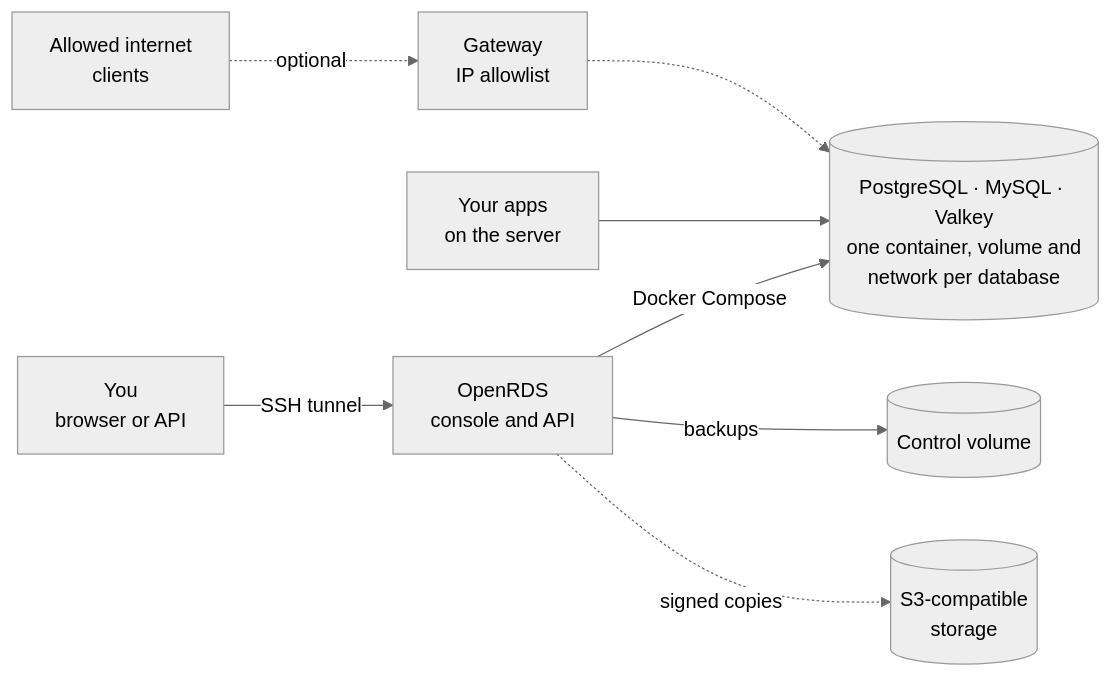
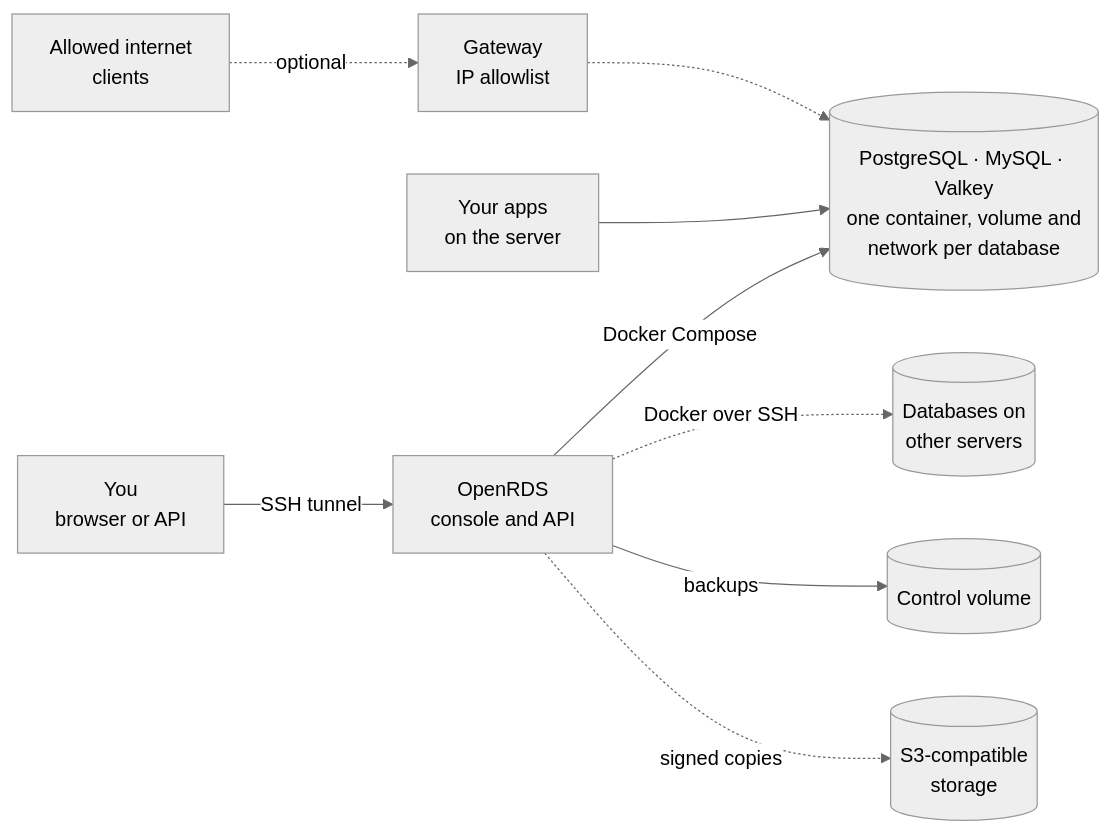
Before and after one commit to kerjakuyco/openrds: the diagram in README.md, drawn with Mermaid (neutral theme). The commit also changed other lines of this file and 17 other files, not shown here.

````diff
--- a/README.md
+++ b/README.md
@@ -115,9 +120,10 @@
 ```mermaid
 flowchart LR
     you["You<br/>browser or API"] -- "SSH tunnel" --> cp["OpenRDS<br/>console and API"]
     cp -- "Docker Compose" --> dbs[("PostgreSQL · MySQL · Valkey<br/>one container, volume and<br/>network per database")]
+    cp -. "Docker over SSH" .-> more[("Databases on<br/>other servers")]
     apps["Your apps<br/>on the server"] --> dbs
     clients["Allowed internet<br/>clients"] -. "optional" .-> gw["Gateway<br/>IP allowlist"] -.-> dbs
     cp -- "backups" --> vol[("Control volume")]
     cp -. "signed copies" .-> s3[("S3-compatible<br/>storage")]
 ```
````
